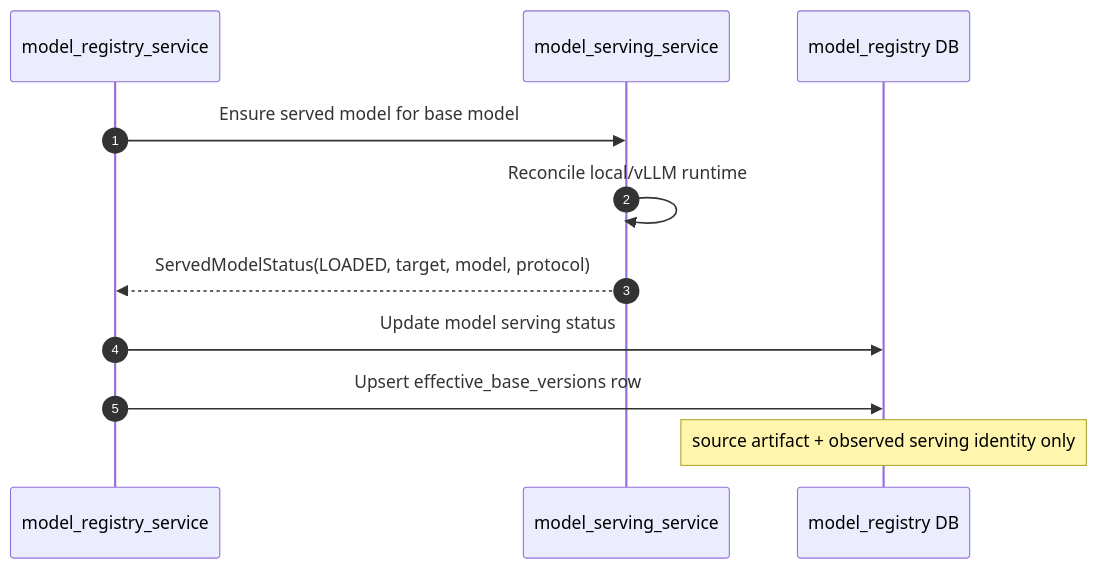
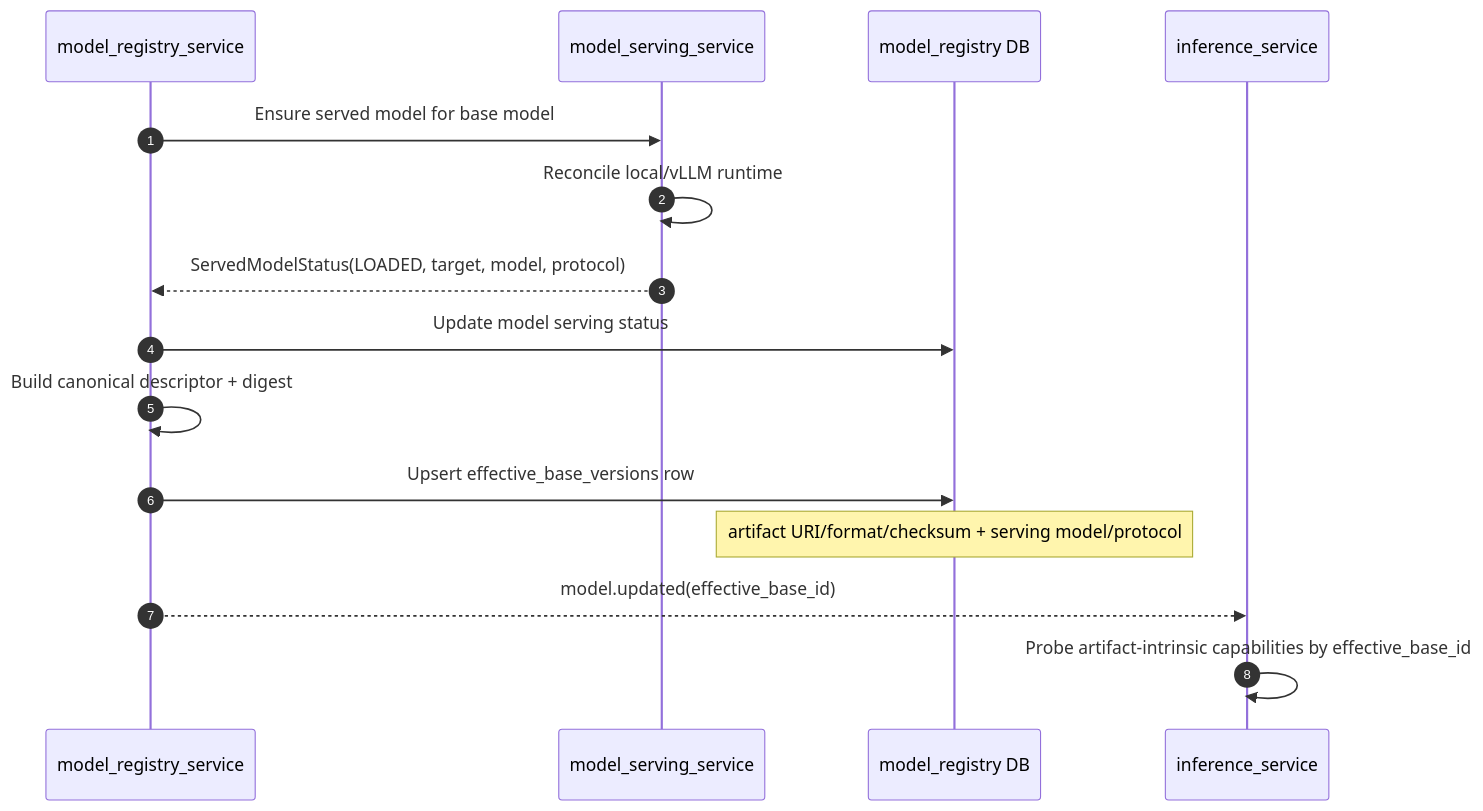
One commit to sp0x00l/bighill changed the second of 2 diagrams in docs/agent-extension-architecture.md. Above: the diagram before and after it, drawn with Mermaid. The commit also changed other lines of this file and 31 other files, not shown here.

Commit message:
effective-base identity + artifact-scoped capability

````diff
--- a/docs/agent-extension-architecture.md
+++ b/docs/agent-extension-architecture.md
@@ -213,14 +213,18 @@
 ```mermaid
 sequenceDiagram
     autonumber
     participant MR as model_registry_service
     participant MS as model_serving_service
     participant DB as model_registry DB
+    participant IF as inference_service
 
     MR->>MS: Ensure served model for base model
     MS->>MS: Reconcile local/vLLM runtime
     MS-->>MR: ServedModelStatus(LOADED, target, model, protocol)
     MR->>DB: Update model serving status
+    MR->>MR: Build canonical descriptor + digest
     MR->>DB: Upsert effective_base_versions row
-    Note over DB: source artifact + observed serving identity only
+    Note over DB: artifact URI/format/checksum + serving model/protocol
+    MR-->>IF: model.updated(effective_base_id)
+    IF->>IF: Probe artifact-intrinsic capabilities by effective_base_id
 ```
````
